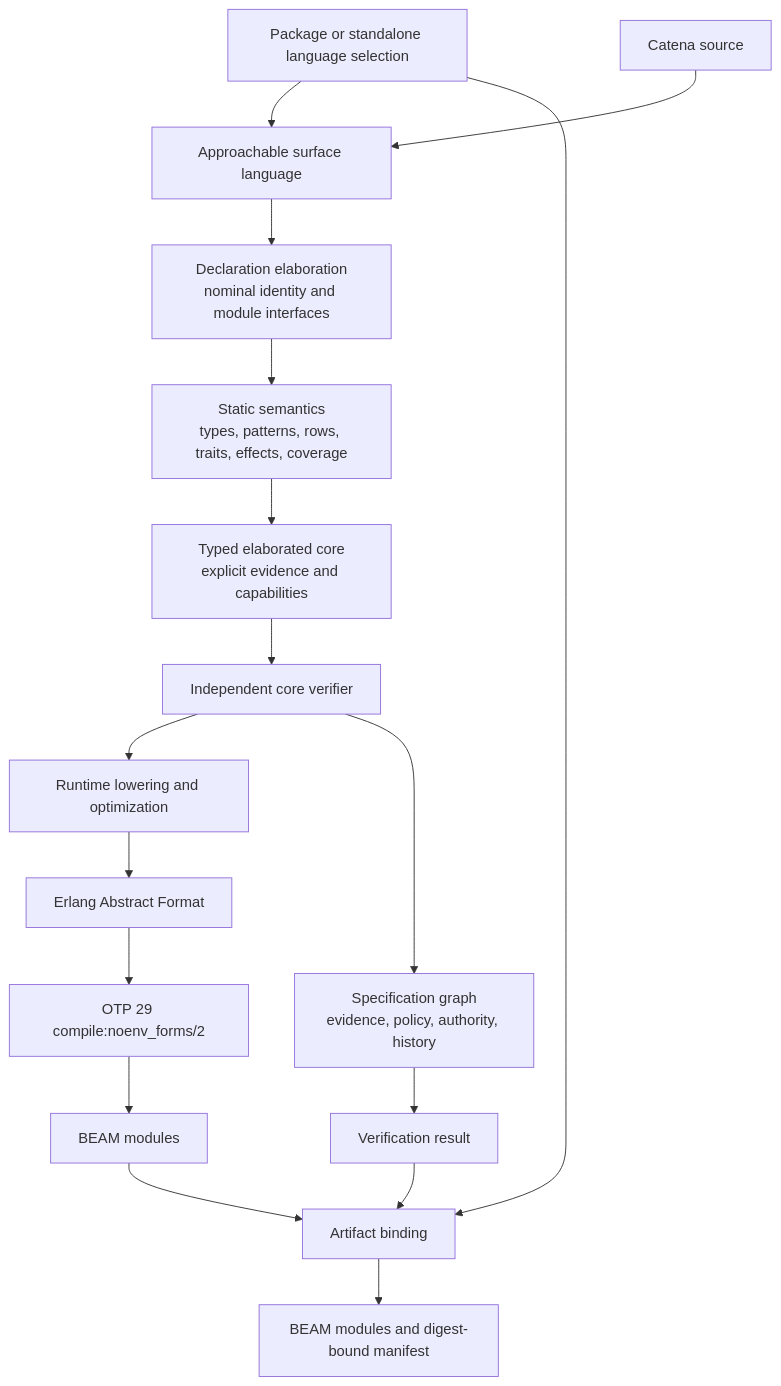
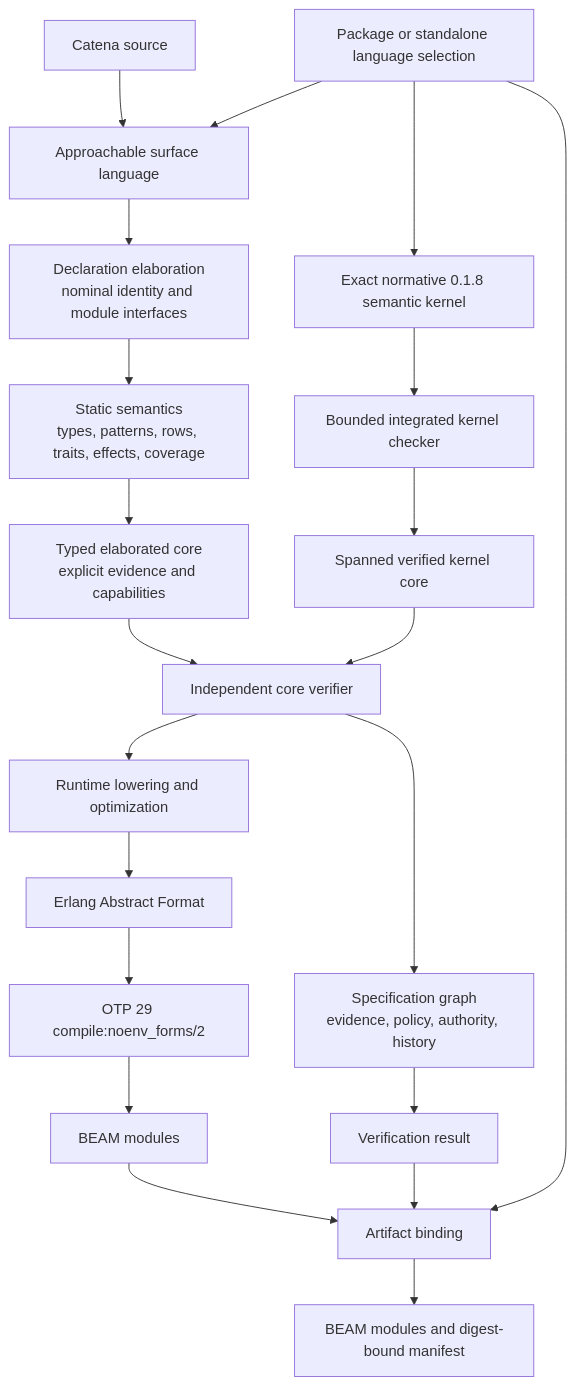
One commit to pcharbon70/catena-research changed the first of 2 diagrams in language-overview.md. Above: the diagram before and after it, drawn with Mermaid. The commit also changed other lines of this file and 31 other files, not shown here.

Commit message:
Complete C010 formal semantic kernel

````diff
--- a/language-overview.md
+++ b/language-overview.md
@@ -33,19 +33,23 @@
 ```mermaid
 flowchart TD
     P[Package or standalone language selection] --> U[Approachable surface language]
+    P --> K[Exact normative 0.1.8 semantic kernel]
     S[Catena source] --> U
     U --> DE[Declaration elaboration<br/>nominal identity and module interfaces]
     DE --> ST[Static semantics<br/>types, patterns, rows, traits, effects, coverage]
     ST --> TC[Typed elaborated core<br/>explicit evidence and capabilities]
+    K --> KST[Bounded integrated kernel checker]
+    KST --> KTC[Spanned verified kernel core]
     TC --> V[Independent core verifier]
+    KTC --> V
     V --> R[Runtime lowering and optimization]
     V --> SG[Specification graph<br/>evidence, policy, authority, history]
     R --> EAF[Erlang Abstract Format]
     EAF --> OTP[OTP 29 compile:noenv_forms/2]
     OTP --> B[BEAM modules]
     SG --> VR[Verification result]
     B --> AB[Artifact binding]
     P --> AB
     VR --> AB
     AB --> OUT[BEAM modules and digest-bound manifest]
 ```
````
